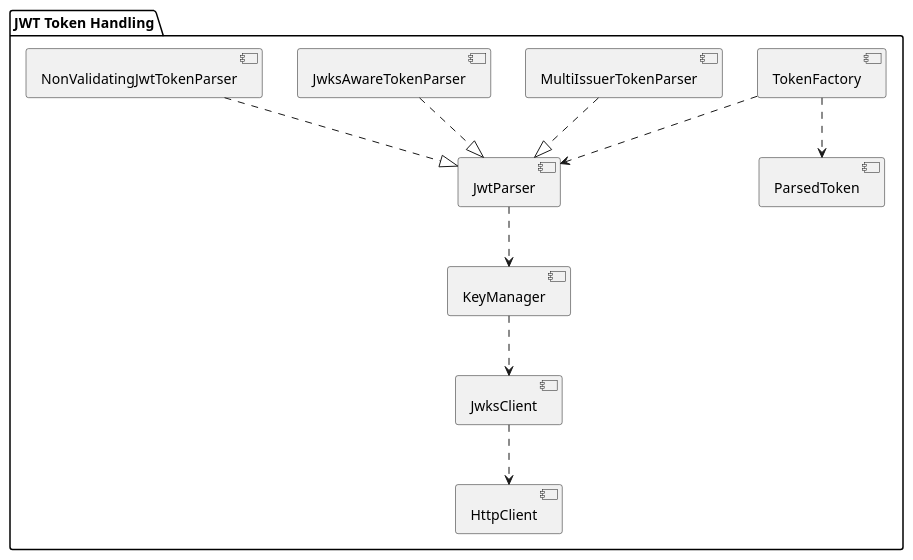
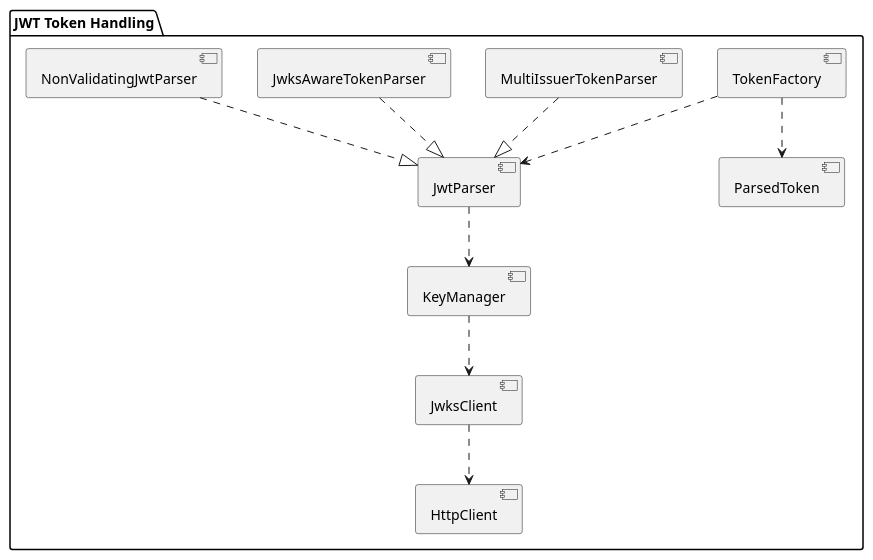
Before and after one commit to cuioss/cui-jwt-validation: the diagram in doc/Specification.adoc, drawn with PlantUML. The commit also changed other lines of this file and 37 other files, not shown here.

```diff
--- a/doc/Specification.adoc
+++ b/doc/Specification.adoc
@@ -29,15 +29,15 @@
 [plantuml]
 ....
 @startuml
 package "JWT Token Handling" {
   [TokenFactory] ..> [JwtParser]
   [TokenFactory] ..> [ParsedToken]
   [MultiIssuerTokenParser] ..|> [JwtParser]
   [JwksAwareTokenParser] ..|> [JwtParser]
-  [NonValidatingJwtTokenParser] ..|> [JwtParser]
+  [NonValidatingJwtParser] ..|> [JwtParser]
   [JwtParser] ..> [KeyManager]
   [KeyManager] ..> [JwksClient]
   [JwksClient] ..> [HttpClient]
 }
 @enduml
 ....
```
